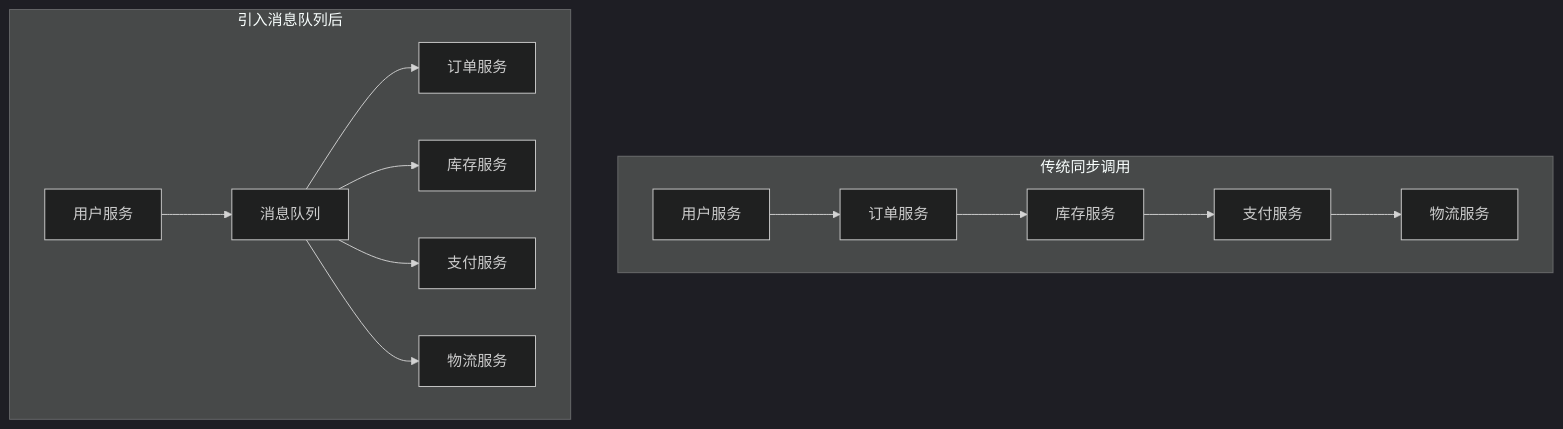
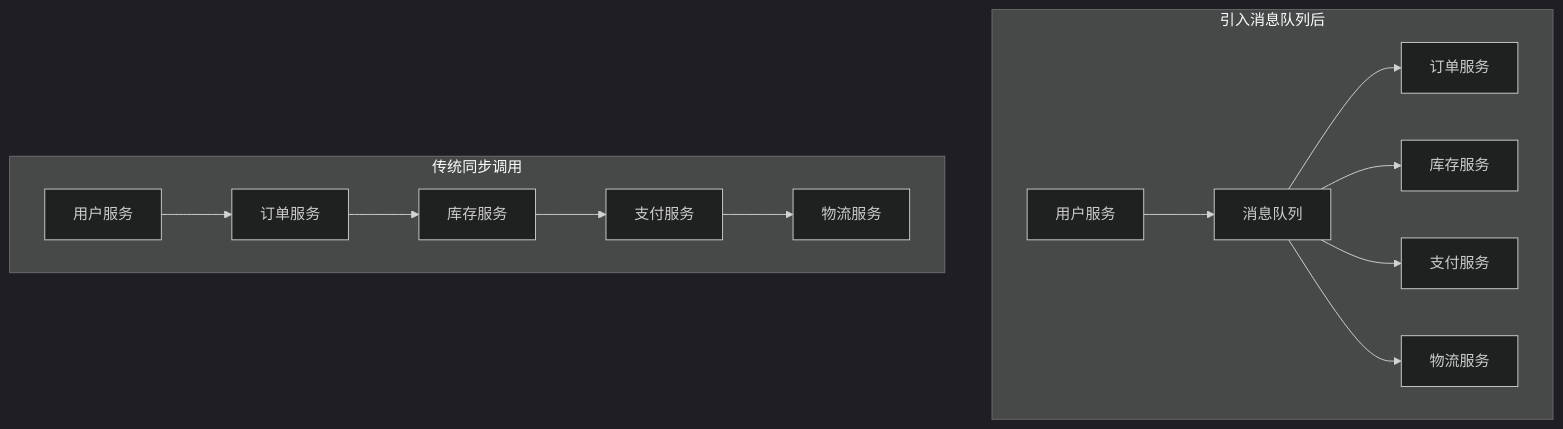
The second of 9 diagrams in 第一章-初识MQ.md (shawnfinelee/mq-mastery-guide), drawn with Mermaid (dark theme) before and after one commit. The commit also changed other lines of this file and 9 other files, not shown here.

````diff
--- a/第一章-初识MQ.md
+++ b/第一章-初识MQ.md
@@ -39,17 +39,18 @@
 ```mermaid
 graph TB
+    subgraph "引入消息队列后"
+        B1[用户服务] --> B2[消息队列]
+        B2 --> B3[订单服务]
+        B2 --> B4[库存服务]
+        B2 --> B5[支付服务]
+        B2 --> B6[物流服务]
+    end
+
     subgraph "传统同步调用"
         A1[用户服务] --> A2[订单服务]
         A2 --> A3[库存服务]
         A3 --> A4[支付服务]
         A4 --> A5[物流服务]
     end
     
-    subgraph "引入消息队列后"
-        B1[用户服务] --> B2[消息队列]
-        B2 --> B3[订单服务]
-        B2 --> B4[库存服务]
-        B2 --> B5[支付服务]
-        B2 --> B6[物流服务]
-    end
 ```
````
